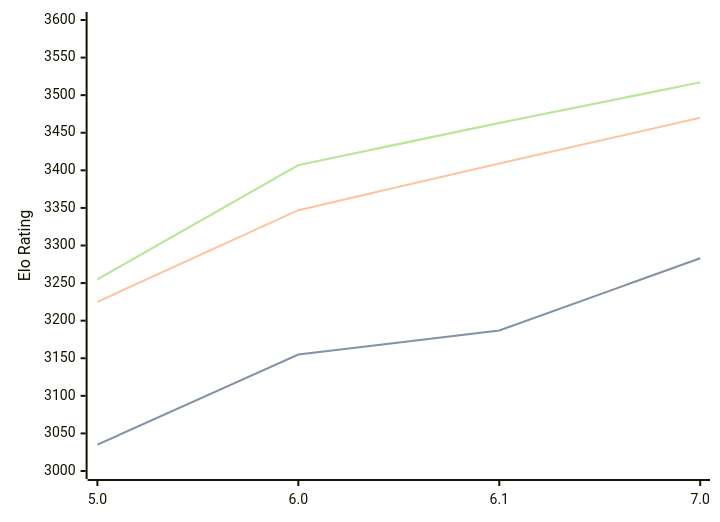
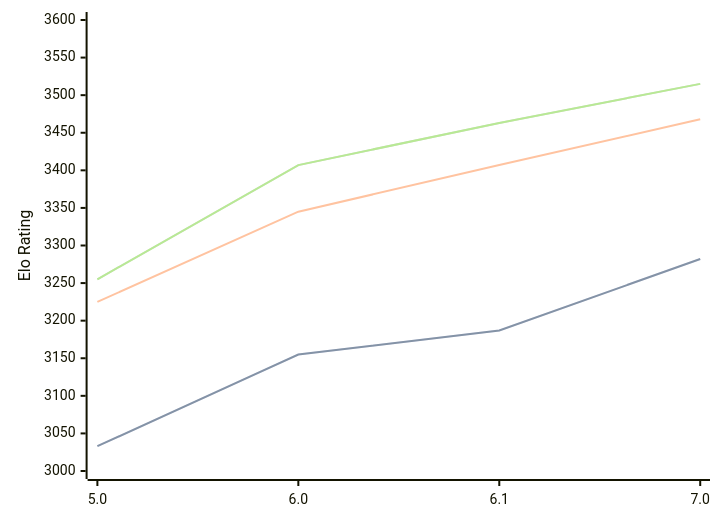
One commit to computer-chess-index/cci changed the first of 3 diagrams in engines/PZChessBot.md. Above: the diagram before and after it, drawn with Mermaid. The commit also changed other lines of this file, not shown here.

Commit message:
Update CCI Ratings (ELO VLTC) - 2026-06-27

````diff
--- a/engines/PZChessBot.md
+++ b/engines/PZChessBot.md
@@ -43,11 +43,11 @@
 ```mermaid
 %%{init: {"theme":"base","themeVariables":{"seriesColors:['#a3a3a3','#222221','#faa371']}}}%%
 xychart-beta
   x-axis ["5.0", "6.0", "6.1", "7.0"]
   y-axis "Elo Rating" 3000 --> 3600
-  line "STC (8.0+0.08s)" [3035, 3155, 3187, 3283]
-  line "STC (8.0+0.08s)" [3035, 3155, 3187, 3283]
-  line "LTC (60.0+0.60s)" [3225, 3347, 3409, 3470]
-  line "VLTC (2m24s+1.12s)" [3255, 3407, 3463, 3517]
-  line "VLTC (2m24s+1.12s)" [3255, 3407, 3463, 3517]
+  line "STC (8.0+0.08s)" [3033, 3155, 3187, 3282]
+  line "STC (8.0+0.08s)" [3033, 3155, 3187, 3282]
+  line "LTC (60.0+0.60s)" [3225, 3345, 3407, 3468]
+  line "VLTC (2m24s+1.12s)" [3255, 3407, 3463, 3515]
+  line "VLTC (2m24s+1.12s)" [3255, 3407, 3463, 3515]
 ```
````
